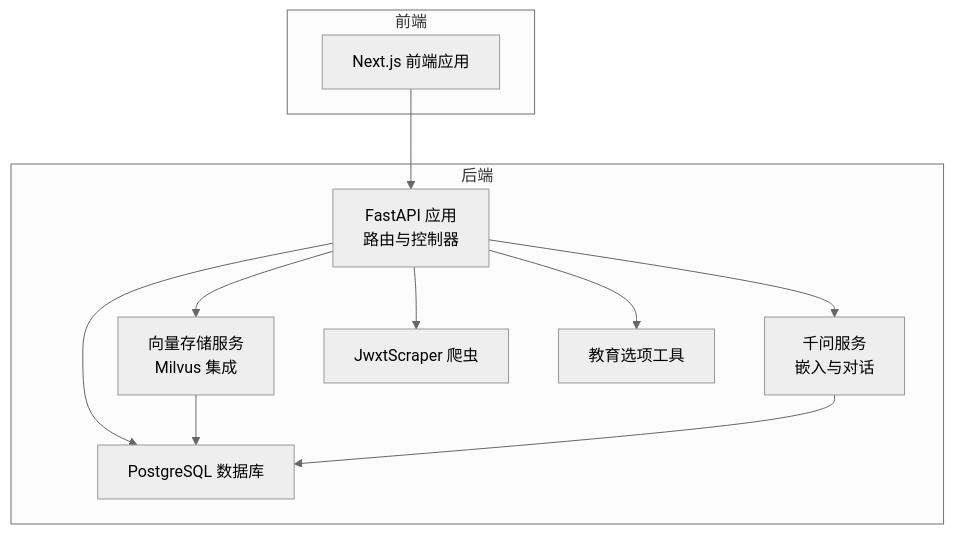
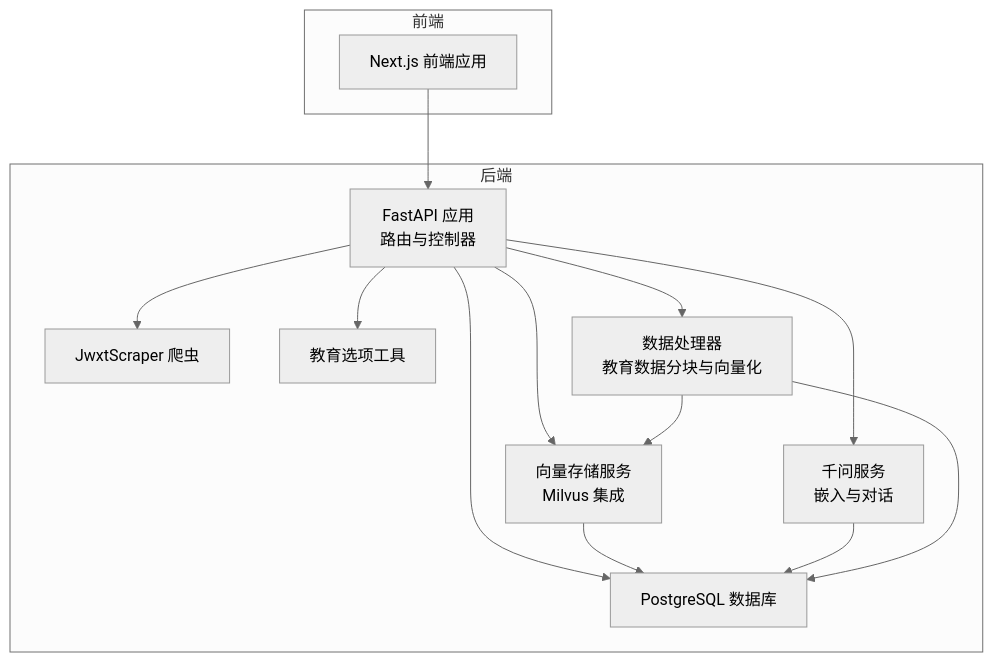
Before and after one commit to ghbbn053-ship-itsoulddog/soulddog: the first of 9 diagrams in .qoder/repowiki/zh/content/AI智能问答系统/AI智能问答系统.md, drawn with Mermaid (neutral theme). The commit also changed other lines of this file and 10 other files, not shown here.

````diff
--- a/.qoder/repowiki/zh/content/AI智能问答系统/AI智能问答系统.md
+++ b/.qoder/repowiki/zh/content/AI智能问答系统/AI智能问答系统.md
@@ -50,22 +51,26 @@
 ```mermaid
 graph TB
 subgraph "前端"
 FE["Next.js 前端应用"]
 end
 subgraph "后端"
 API["FastAPI 应用<br/>路由与控制器"]
 SVC_VEC["向量存储服务<br/>Milvus 集成"]
 SVC_QWEN["千问服务<br/>嵌入与对话"]
 DB["PostgreSQL 数据库"]
 SCRAPER["JwxtScraper 爬虫"]
 OPTIONS["教育选项工具"]
+DATA_PROC["数据处理器<br/>教育数据分块与向量化"]
 end
 FE --> API
 API --> SVC_VEC
 API --> SVC_QWEN
 API --> DB
 API --> SCRAPER
 API --> OPTIONS
+API --> DATA_PROC
 SVC_VEC --> DB
 SVC_QWEN --> DB
+DATA_PROC --> DB
+DATA_PROC --> SVC_VEC
 ```
````
